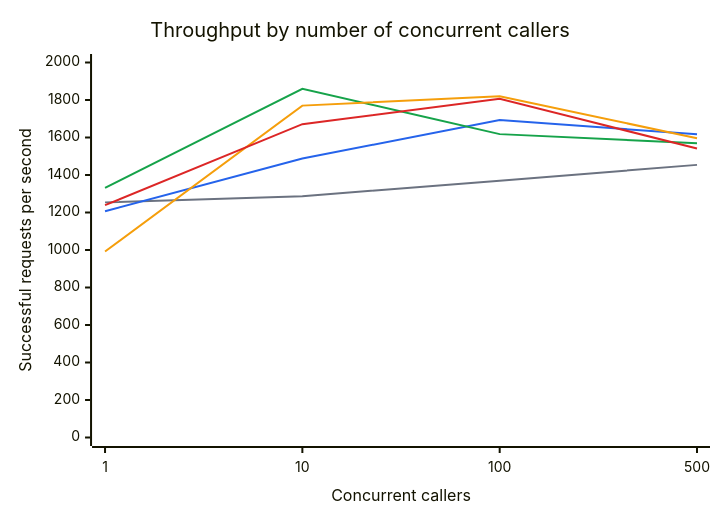
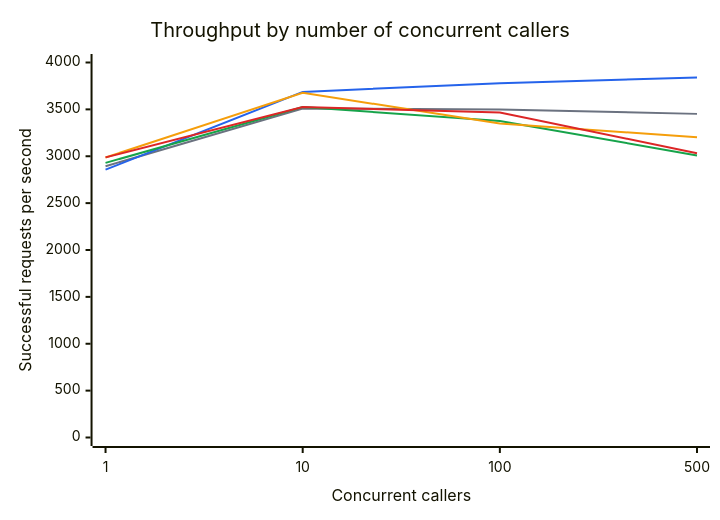
The third of 9 diagrams in docs/benchmarks.md (aisrael/hsm-signing-service), drawn with Mermaid before and after one commit. The commit also changed other lines of this file and 1 other file, not shown here.

````diff
--- a/docs/benchmarks.md
+++ b/docs/benchmarks.md
@@ -113,12 +114,12 @@
 ```mermaid
 %%{init: {"themeVariables": {"xyChart": {"plotColorPalette": "#6b7280,#2563eb,#16a34a,#f59e0b,#dc2626"}}}}%%
 xychart-beta
     title "Throughput by number of concurrent callers"
     x-axis "Concurrent callers" ["1", "10", "100", "500"]
-    y-axis "Successful requests per second" 0 --> 2000
-    line [1254, 1287, 1369, 1454]
-    line [1207, 1488, 1693, 1617]
-    line [1331, 1860, 1618, 1569]
-    line [992, 1770, 1820, 1596]
-    line [1239, 1671, 1807, 1541]
+    y-axis "Successful requests per second" 0 --> 4000
+    line [2893, 3509, 3499, 3452]
+    line [2857, 3686, 3779, 3840]
+    line [2929, 3524, 3377, 3009]
+    line [2987, 3677, 3349, 3203]
+    line [2988, 3525, 3467, 3032]
 ```
````
